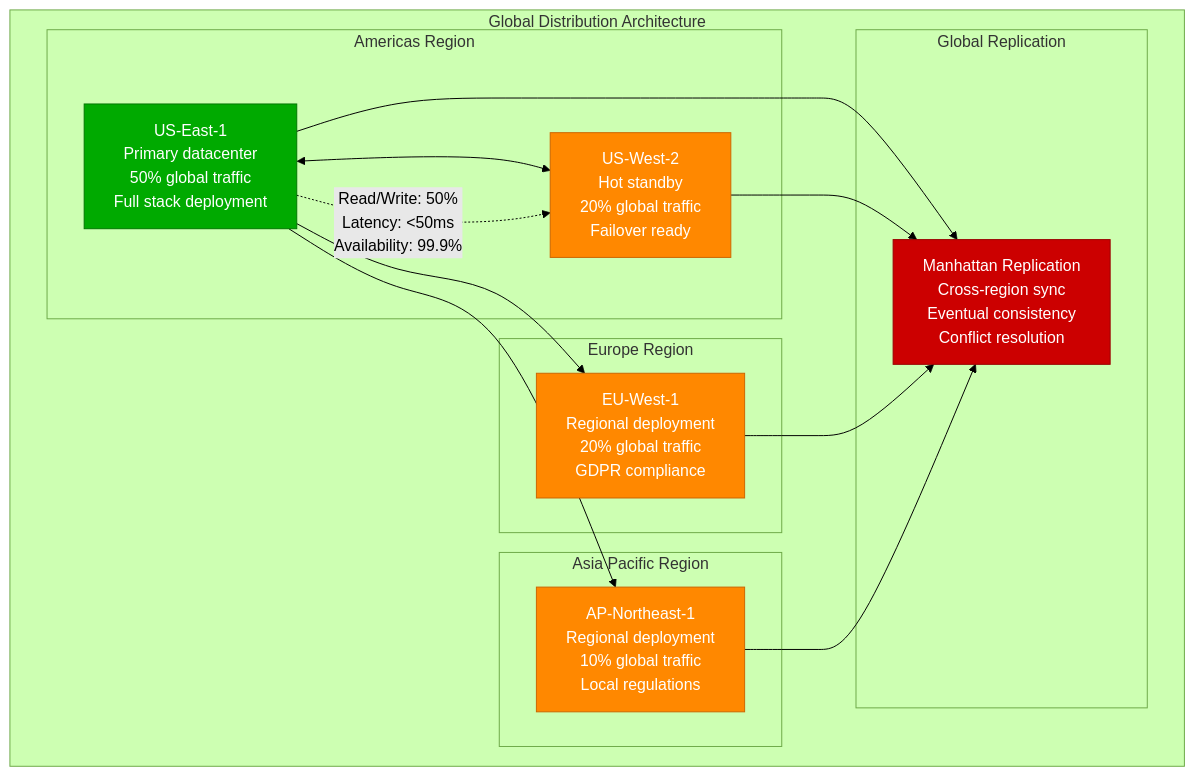
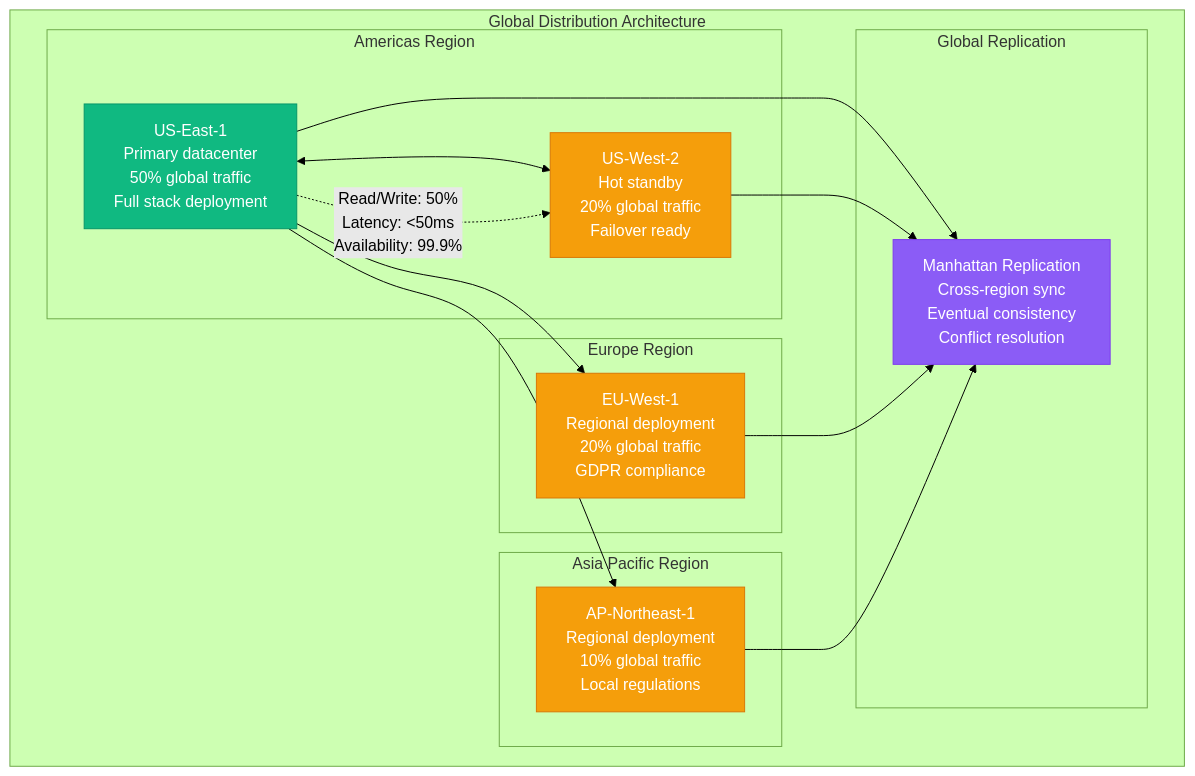
One commit to deepaucksharma/DS changed the second of 4 diagrams in site/docs/systems/twitter/architecture.md. Above: the diagram before and after it, drawn with Mermaid (forest theme). The commit also changed other lines of this file and 303 other files, not shown here.

````diff
--- a/site/docs/systems/twitter/architecture.md
+++ b/site/docs/systems/twitter/architecture.md
@@ -149,41 +149,41 @@
 ```mermaid
 graph TB
     subgraph GlobalDistribution[Global Distribution Architecture]
         subgraph Americas[Americas Region]
             US_EAST[US-East-1<br/>Primary datacenter<br/>50% global traffic<br/>Full stack deployment]
             US_WEST[US-West-2<br/>Hot standby<br/>20% global traffic<br/>Failover ready]
         end
 
         subgraph Europe[Europe Region]
             EU_WEST[EU-West-1<br/>Regional deployment<br/>20% global traffic<br/>GDPR compliance]
         end
 
         subgraph AsiaPacific[Asia Pacific Region]
             AP_NORTHEAST[AP-Northeast-1<br/>Regional deployment<br/>10% global traffic<br/>Local regulations]
         end
 
         subgraph ReplicationLayer[Global Replication]
             GLOBAL_REPLICATION[Manhattan Replication<br/>Cross-region sync<br/>Eventual consistency<br/>Conflict resolution]
         end
     end
 
     US_EAST <--> US_WEST
     US_EAST --> EU_WEST
     US_EAST --> AP_NORTHEAST
 
     US_EAST --> GLOBAL_REPLICATION
     US_WEST --> GLOBAL_REPLICATION
     EU_WEST --> GLOBAL_REPLICATION
     AP_NORTHEAST --> GLOBAL_REPLICATION
 
     %% Traffic distribution
     US_EAST -.->|"Read/Write: 50%<br/>Latency: <50ms<br/>Availability: 99.9%"| US_WEST
 
-    classDef primaryStyle fill:#00AA00,stroke:#007700,color:#fff
-    classDef regionStyle fill:#FF8800,stroke:#CC6600,color:#fff
-    classDef replicationStyle fill:#CC0000,stroke:#990000,color:#fff
+    classDef primaryStyle fill:#10B981,stroke:#059669,color:#fff
+    classDef regionStyle fill:#F59E0B,stroke:#D97706,color:#fff
+    classDef replicationStyle fill:#8B5CF6,stroke:#7C3AED,color:#fff
 
     class US_EAST primaryStyle
     class US_WEST,EU_WEST,AP_NORTHEAST regionStyle
     class GLOBAL_REPLICATION replicationStyle
 ```
````
